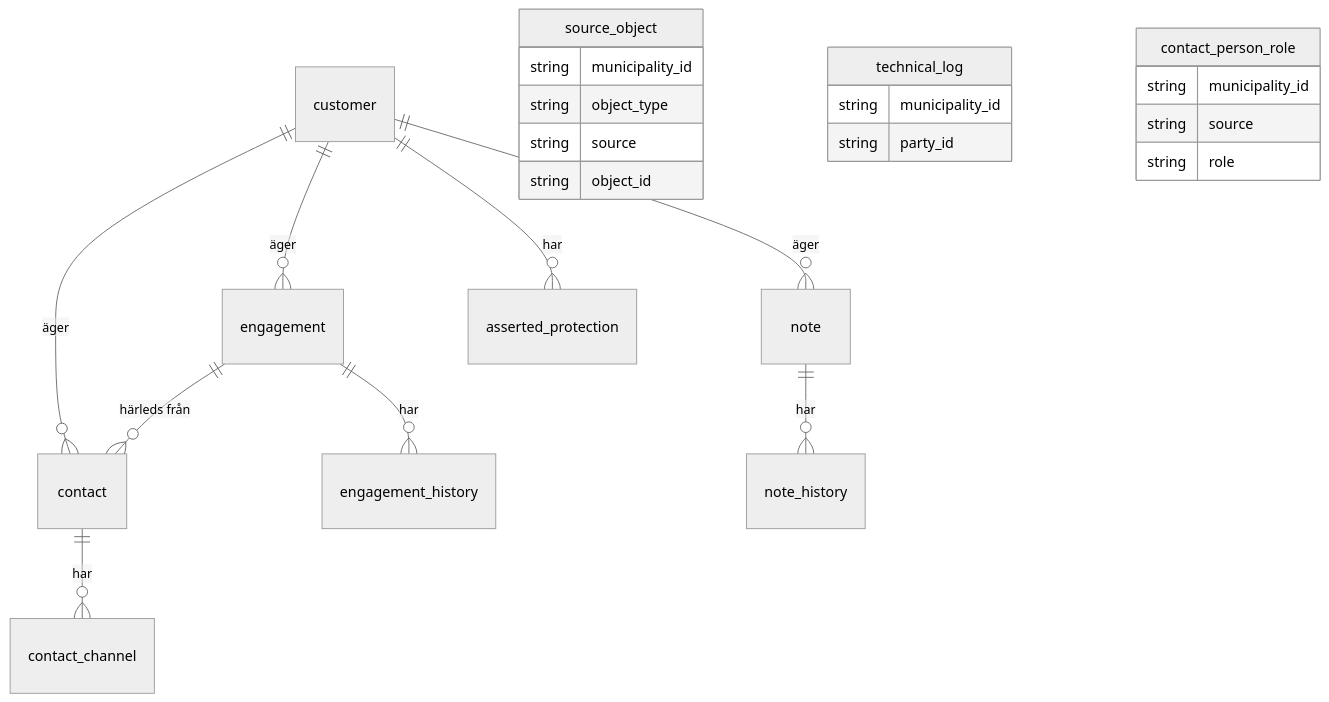
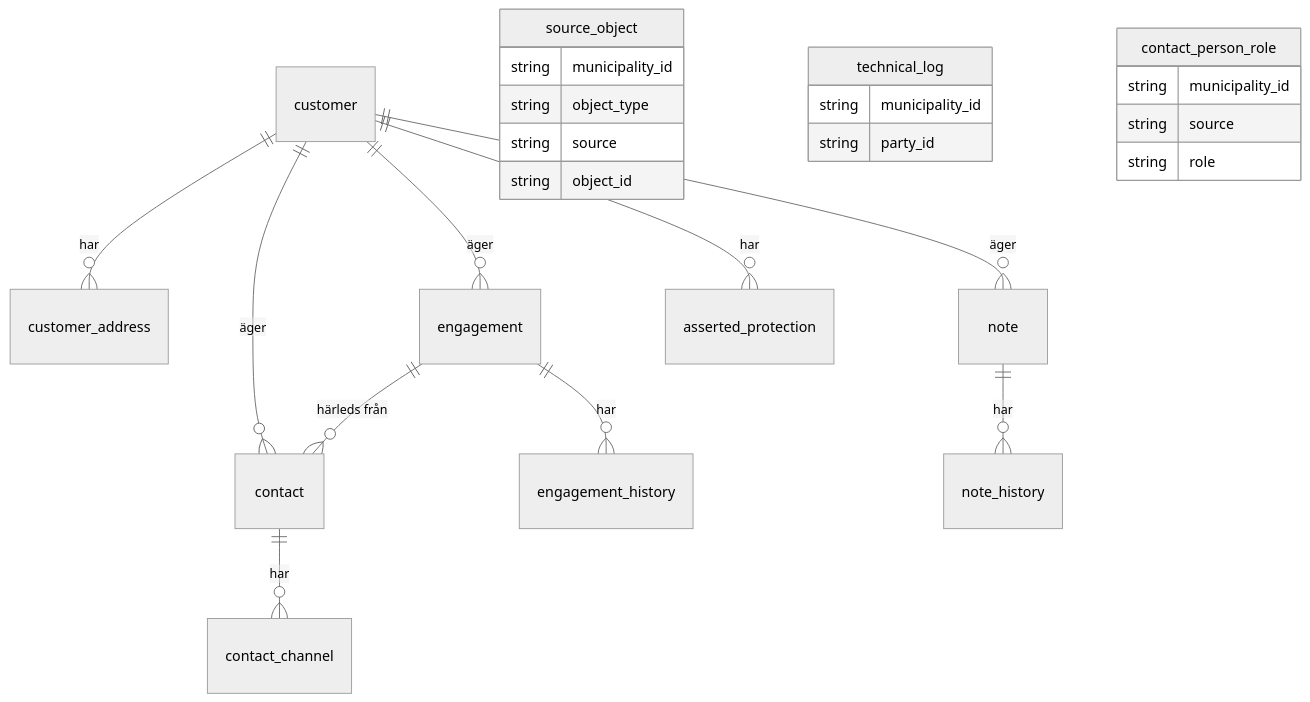
Before and after one commit to Sundsvallskommun/api-service-party-overview: the diagram in docs/arkitektur/04-datamodell.md, drawn with Mermaid (neutral theme). The commit also changed other lines of this file and 10 other files, not shown here.

````diff
--- a/docs/arkitektur/04-datamodell.md
+++ b/docs/arkitektur/04-datamodell.md
@@ -7,26 +7,27 @@
 ```mermaid
 erDiagram
+    customer ||--o{ customer_address : "har"
     customer ||--o{ engagement : "äger"
     customer ||--o{ contact : "äger"
     customer ||--o{ note : "äger"
     customer ||--o{ asserted_protection : "har"
     engagement ||--o{ engagement_history : "har"
     engagement ||--o{ contact : "härleds från"
     contact ||--o{ contact_channel : "har"
     note ||--o{ note_history : "har"
     source_object {
         string municipality_id
         string object_type
         string source
         string object_id
     }
     technical_log {
         string municipality_id
         string party_id
     }
     contact_person_role {
         string municipality_id
         string source
         string role
     }
 ```
````
